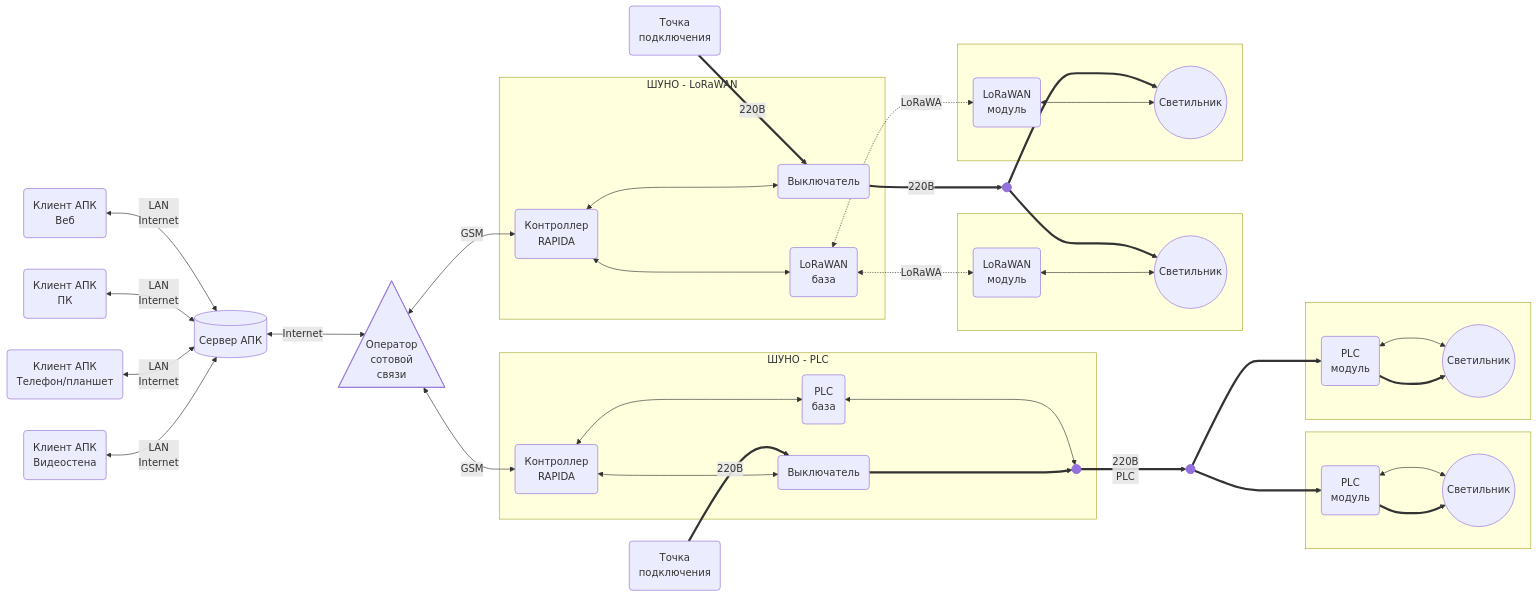
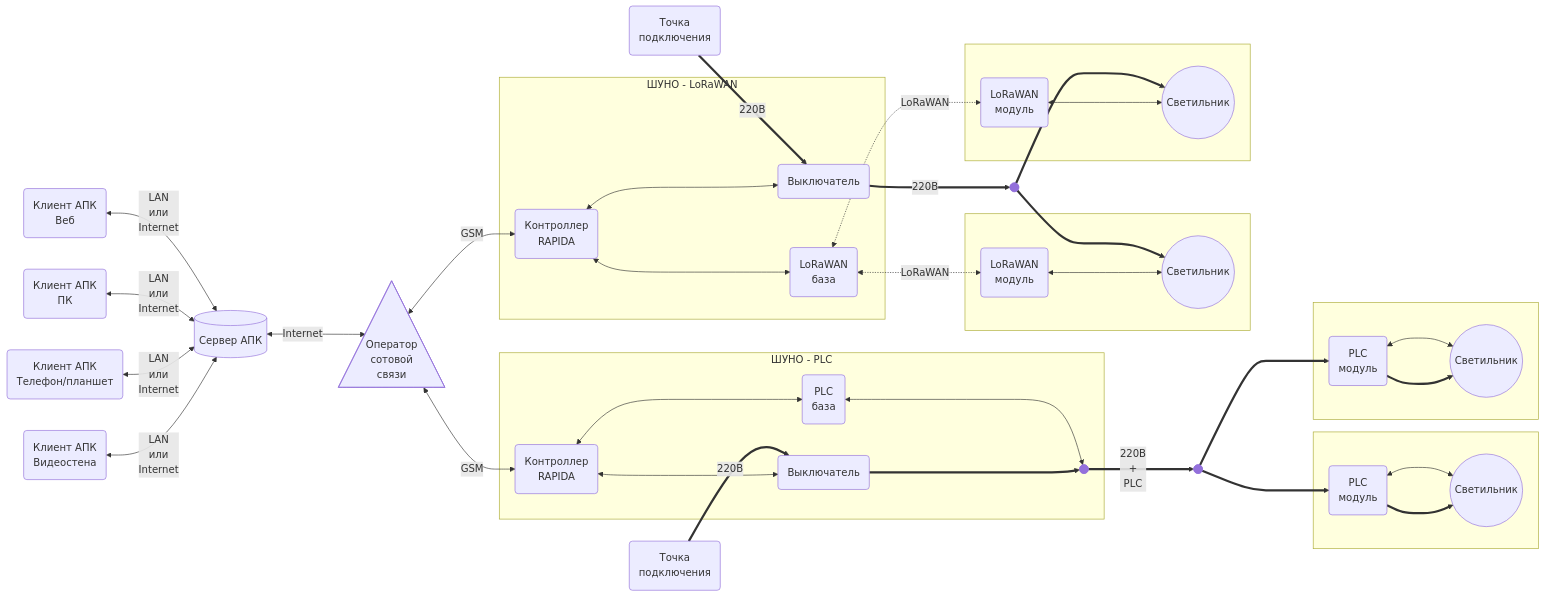
Before and after one commit to KhudyakovAlex/Svetosila: the diagram in PRD/SvetosilaPRD.md, drawn with Mermaid. The commit also changed other lines of this file and 4 other files, not shown here.

```diff
--- a/PRD/SvetosilaPRD.md
+++ b/PRD/SvetosilaPRD.md
@@ -84,10 +86,10 @@
 CM(Клиент АПК<br>Телефон/планшет)
 CVW(Клиент АПК<br>Видеостена)
 
-  CW <--LAN<br>Internet--> S
-  CD <--LAN<br>Internet--> S
-  CM <--LAN<br>Internet--> S
-  CVW <--LAN<br>Internet--> S
+  CW <--LAN<br>или<br>Internet--> S
+  CD <--LAN<br>или<br>Internet--> S
+  CM <--LAN<br>или<br>Internet--> S
+  CVW <--LAN<br>или<br>Internet--> S
 
 S[(Сервер АПК)]
 
@@ -109,8 +111,8 @@
 R1 <---> LW
 R1 <---> AV1
 AV1 ==220В==> CB2
-LW <-. LoRaWA .-> LW1
-LW <-. LoRaWA .-> LW2
+LW <-. LoRaWAN .-> LW1
+LW <-. LoRaWAN .-> LW2
 
 CB2@{ shape: f-circ, label: "" }
 
@@ -146,7 +148,7 @@
 PLC <---> B1
 AV2 ===> B1
 
-B1 ==220В<br>PLC==> CB1
+B1 ==220В<br>+<br>PLC==> CB1
 
 CB1@{ shape: f-circ, label: "" }
 
```
